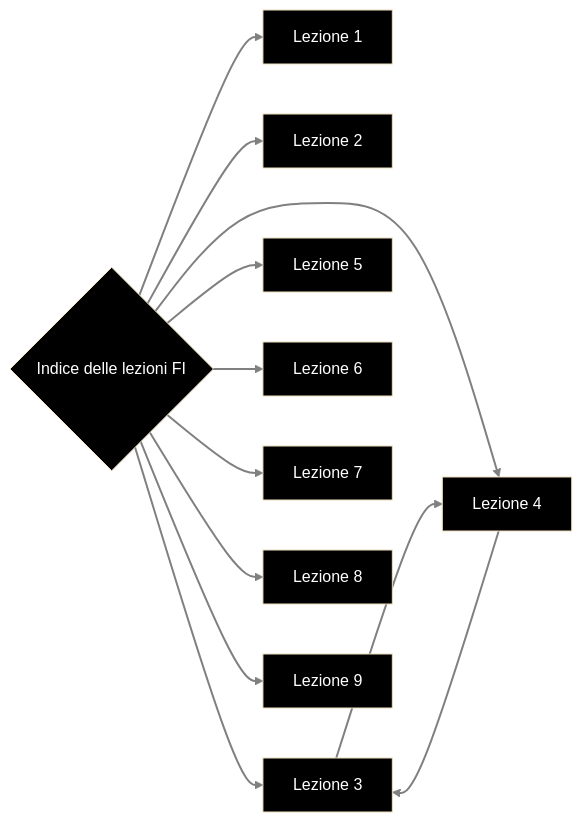
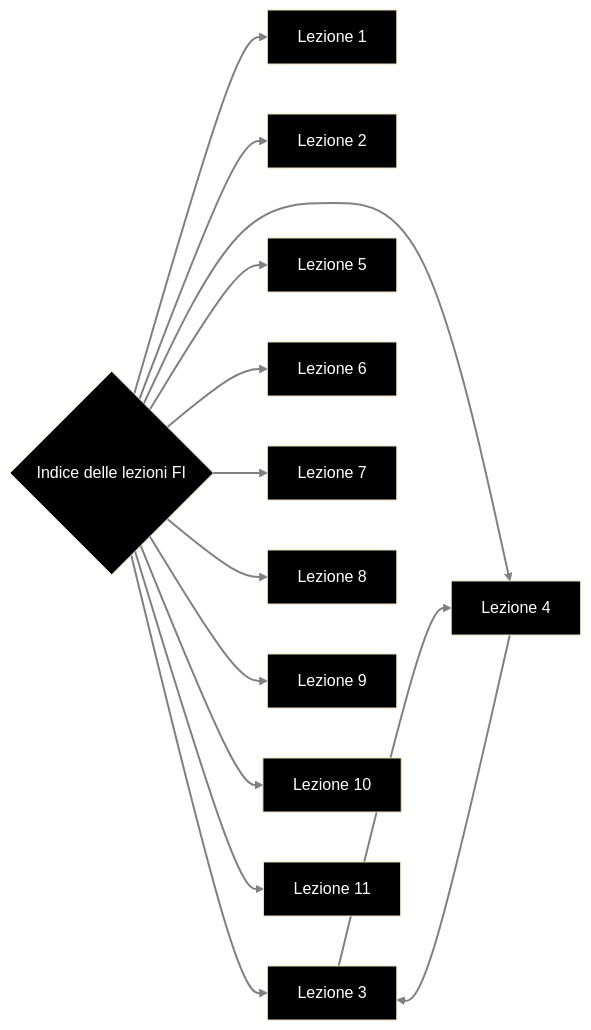
The diagram in Appunti FI/MOD I/Indice delle lezioni FI.md (francosalvucci14/Appunti-II-anno), drawn with Mermaid (base theme) before and after one commit. The commit also changed other lines of this file and 2 other files, not shown here.

Commit message:
vault backup: 2022-11-21 12:19:56

````diff
--- a/Appunti FI/MOD I/Indice delle lezioni FI.md
+++ b/Appunti FI/MOD I/Indice delle lezioni FI.md
@@ -21,29 +21,33 @@
 ```mermaid
 graph LR
 	A{Indice delle lezioni FI}
 	B[Lezione 1]
 	C[Lezione 2]
 	D[Lezione 3]
 	E[Lezione 4]
 	F[Lezione 5]
 	G[Lezione 6]
 	H[Lezione 7]
 	I[Lezione 8]
 	J[Lezione 9]
-
+	K[Lezione 10]
+	L[Lezione 11]
+	
 	linkStyle default stroke-width:2px,fill:none,stroke:grey,color:red
 	
 	style A fill:black, color:#fff
 	style B fill:black, color:#fff
 	style C fill:black, color:#fff
 	style D fill:black, color:#fff
 	style E fill:black, color:#fff
 	style F fill:black, color:#fff
 	style G fill:black, color:#fff
 	style H fill:black, color:#fff
 	style I fill:black, color:#fff
 	style J fill:black, color:#fff
-	A-->B & C & D & E & F & G & H & I & J
+	style K fill:black, color:#fff
+	style L fill:black, color:#fff
+	A-->B & C & D & E & F & G & H & I & J & K & L
 	D-->E
 	E-->D
 ```
````
